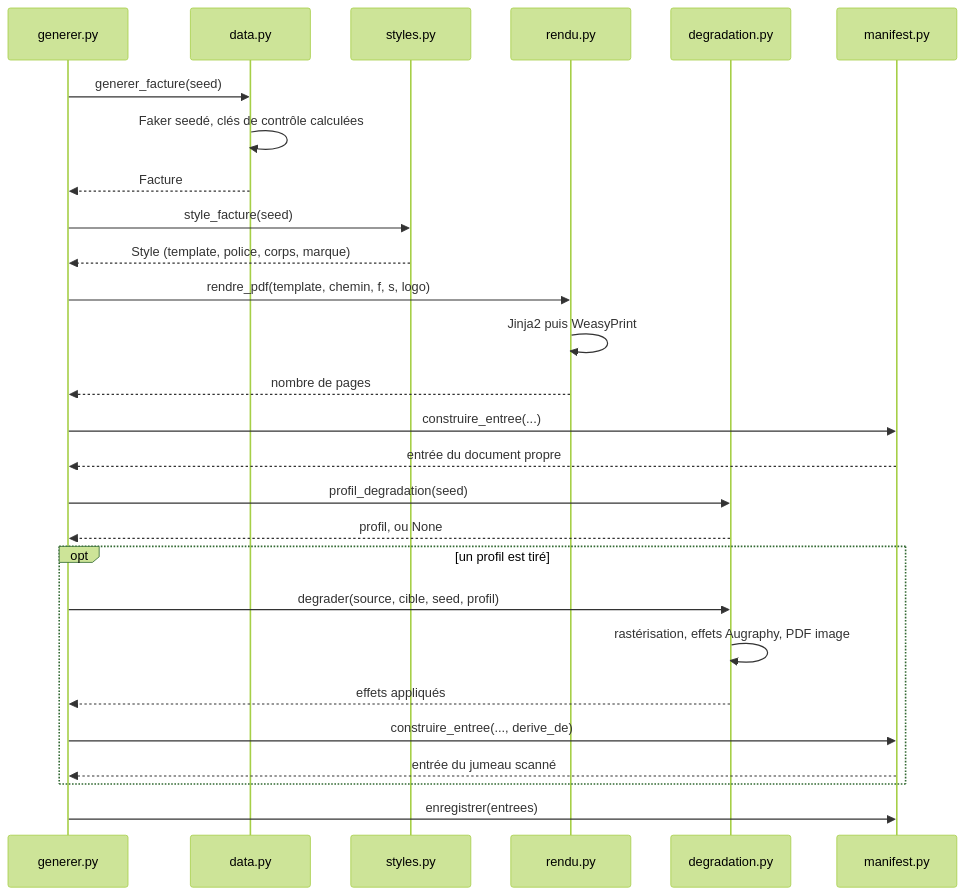
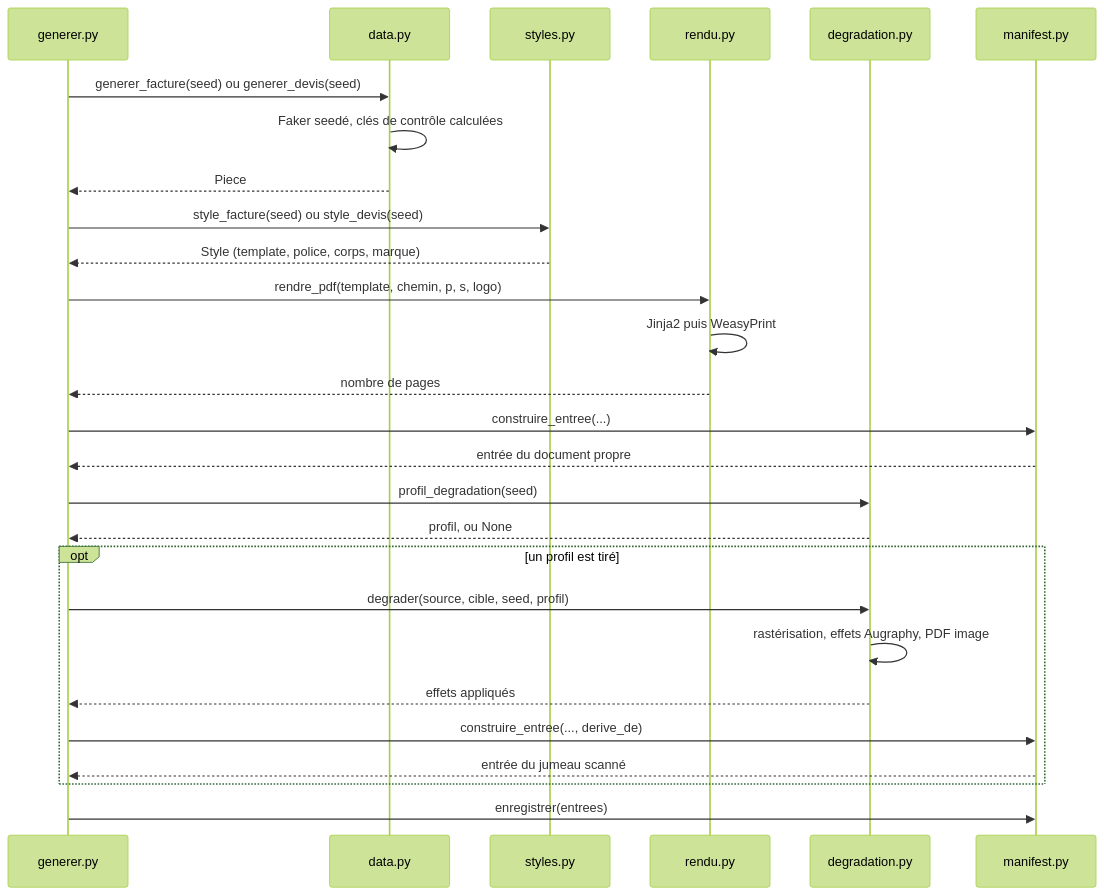
The third of 3 diagrams in tools/CorpusGenerator/README.md (xelema/Detect-Doc), drawn with Mermaid (forest theme) before and after one commit. The commit also changed other lines of this file and 18 other files, not shown here.

````diff
--- a/tools/CorpusGenerator/README.md
+++ b/tools/CorpusGenerator/README.md
@@ -192,31 +230,31 @@
 ```mermaid
 sequenceDiagram
     participant G as generer.py
     participant D as data.py
     participant S as styles.py
     participant R as rendu.py
     participant X as degradation.py
     participant M as manifest.py
 
-    G->>D: generer_facture(seed)
+    G->>D: generer_facture(seed) ou generer_devis(seed)
     D->>D: Faker seedé, clés de contrôle calculées
-    D-->>G: Facture
-    G->>S: style_facture(seed)
+    D-->>G: Piece
+    G->>S: style_facture(seed) ou style_devis(seed)
     S-->>G: Style (template, police, corps, marque)
-    G->>R: rendre_pdf(template, chemin, f, s, logo)
+    G->>R: rendre_pdf(template, chemin, p, s, logo)
     R->>R: Jinja2 puis WeasyPrint
     R-->>G: nombre de pages
     G->>M: construire_entree(...)
     M-->>G: entrée du document propre
 
     G->>X: profil_degradation(seed)
     X-->>G: profil, ou None
     opt un profil est tiré
         G->>X: degrader(source, cible, seed, profil)
         X->>X: rastérisation, effets Augraphy, PDF image
         X-->>G: effets appliqués
         G->>M: construire_entree(..., derive_de)
         M-->>G: entrée du jumeau scanné
     end
     G->>M: enregistrer(entrees)
 ```
````
